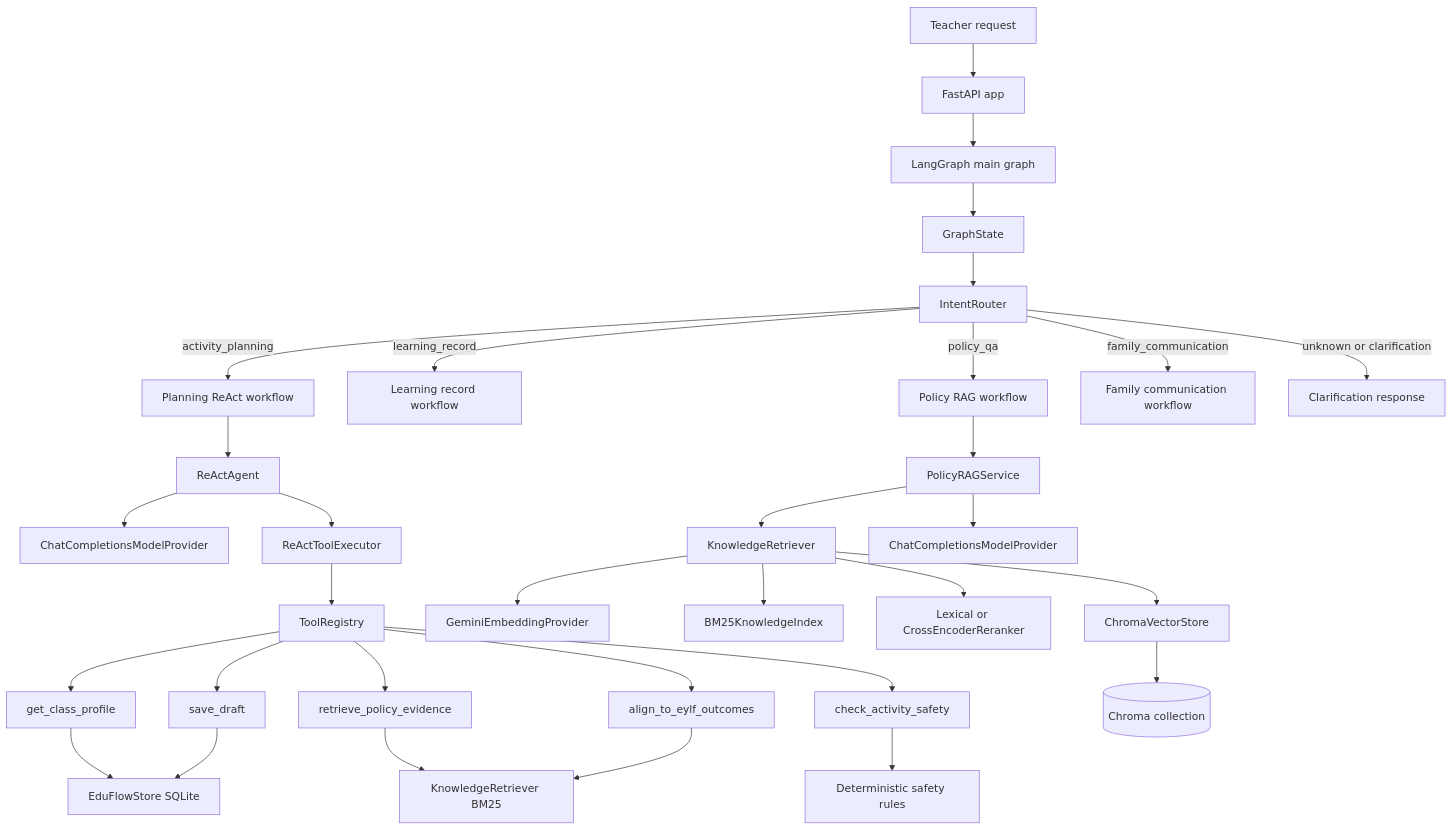
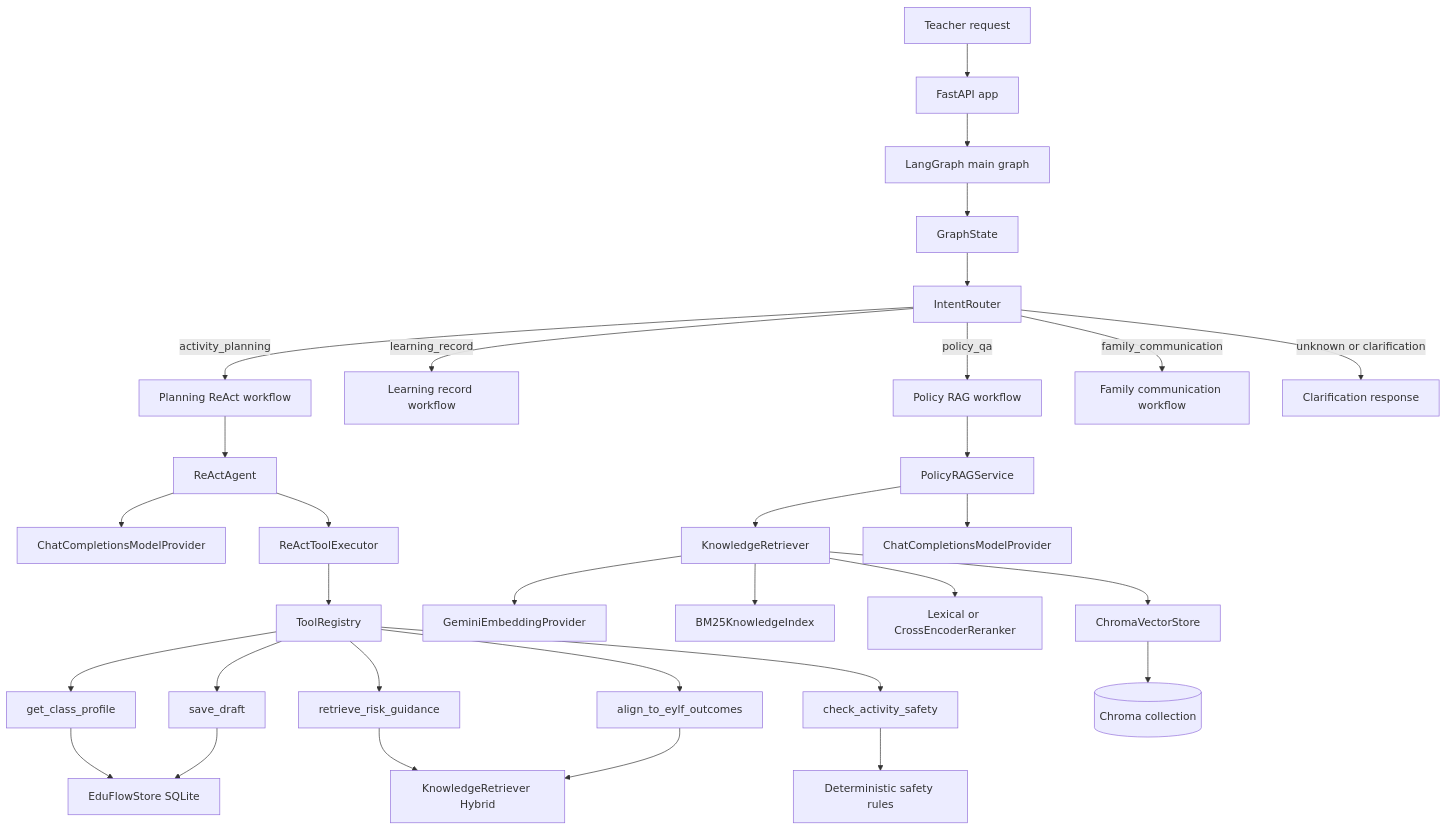
The first of 3 diagrams in README.md (MengC-OvO/easy-teaching), drawn with Mermaid before and after one commit. The commit also changed other lines of this file and 14 other files, not shown here.

````diff
--- a/README.md
+++ b/README.md
@@ -26,37 +26,37 @@
 ```mermaid
 flowchart TD
     User[Teacher request] --> API[FastAPI app]
     API --> MainGraph[LangGraph main graph]
     MainGraph --> GraphState[GraphState]
     GraphState --> Router[IntentRouter]
 
     Router -->|activity_planning| PlanningReAct[Planning ReAct workflow]
     Router -->|learning_record| LearningPlaceholder[Learning record workflow]
     Router -->|policy_qa| PolicyRAG[Policy RAG workflow]
     Router -->|family_communication| FamilyPlaceholder[Family communication workflow]
     Router -->|unknown or clarification| Clarification[Clarification response]
 
     PlanningReAct --> ReActAgent[ReActAgent]
     ReActAgent --> ModelProvider[ChatCompletionsModelProvider]
     ReActAgent --> ReActExecutor[ReActToolExecutor]
     ReActExecutor --> ToolRegistry[ToolRegistry]
     ToolRegistry --> ClassTool[get_class_profile]
-    ToolRegistry --> EvidenceTool[retrieve_policy_evidence]
+    ToolRegistry --> EvidenceTool[retrieve_risk_guidance]
     ToolRegistry --> SafetyTool[check_activity_safety]
     ToolRegistry --> EylfTool[align_to_eylf_outcomes]
     ToolRegistry --> DraftTool[save_draft]
     ClassTool --> Store[EduFlowStore SQLite]
     DraftTool --> Store
-    EvidenceTool --> PlanningRetrieval[KnowledgeRetriever BM25]
+    EvidenceTool --> PlanningRetrieval[KnowledgeRetriever Hybrid]
     EylfTool --> PlanningRetrieval
     SafetyTool --> SafetyRules[Deterministic safety rules]
 
     PolicyRAG --> PolicyService[PolicyRAGService]
     PolicyService --> Retrieval[KnowledgeRetriever]
     Retrieval --> Embeddings[GeminiEmbeddingProvider]
     Retrieval --> BM25[BM25KnowledgeIndex]
     Retrieval --> Reranker[Lexical or CrossEncoderReranker]
     Retrieval --> VectorStore[ChromaVectorStore]
     VectorStore --> Chroma[(Chroma collection)]
     PolicyService --> AnswerModel[ChatCompletionsModelProvider]
 ```
````
